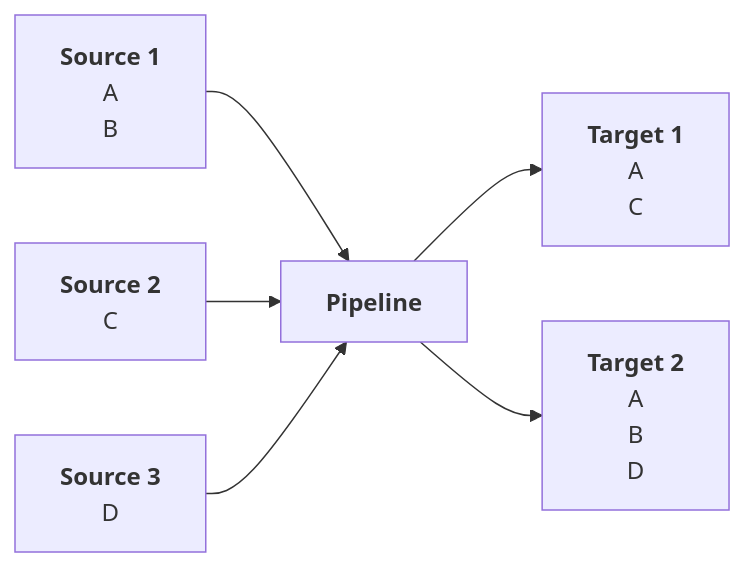
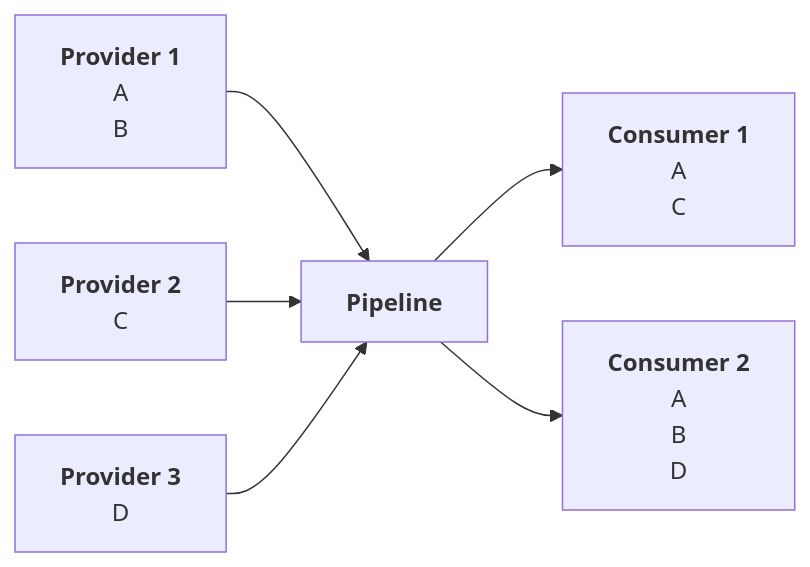
One commit to VirtualMetric/virtualmetric-docs changed the fourth of 6 diagrams in docs/admin/pipelines/overview.mdx. Above: the diagram before and after it, drawn with Mermaid. The commit also changed other lines of this file and 2 other files, not shown here.

````diff
--- a/docs/admin/pipelines/overview.mdx
+++ b/docs/admin/pipelines/overview.mdx
@@ -86,30 +86,30 @@
 ```mermaid
 %%{init: {"flowchart": {"htmlLabels": false}}}%%
 flowchart LR
-	source1["`**Source 1**
+	provider1["`**Provider 1**
     A
     B
   `"]
-	source2["`**Source 2**
+	provider2["`**Provider 2**
     C
   `"]
-	source3["`**Source 3**
+	provider3["`**Provider 3**
     D
   `"]
  	pipeline["`**Pipeline**`"]
-	target1["`**Target 1**
+	consumer1["`**Consumer 1**
     A
     C
   `"]
-	target2["`**Target 2**
+	consumer2["`**Consumer 2**
     A
     B
     D
   `"]
-	source1 --> pipeline;
-	source2 --> pipeline;
-	source3 --> pipeline;
-  pipeline --> target1;
-  pipeline --> target2;
+	provider1 --> pipeline;
+	provider2 --> pipeline;
+	provider3 --> pipeline;
+  pipeline --> consumer1;
+  pipeline --> consumer2;
 
 ```
````
